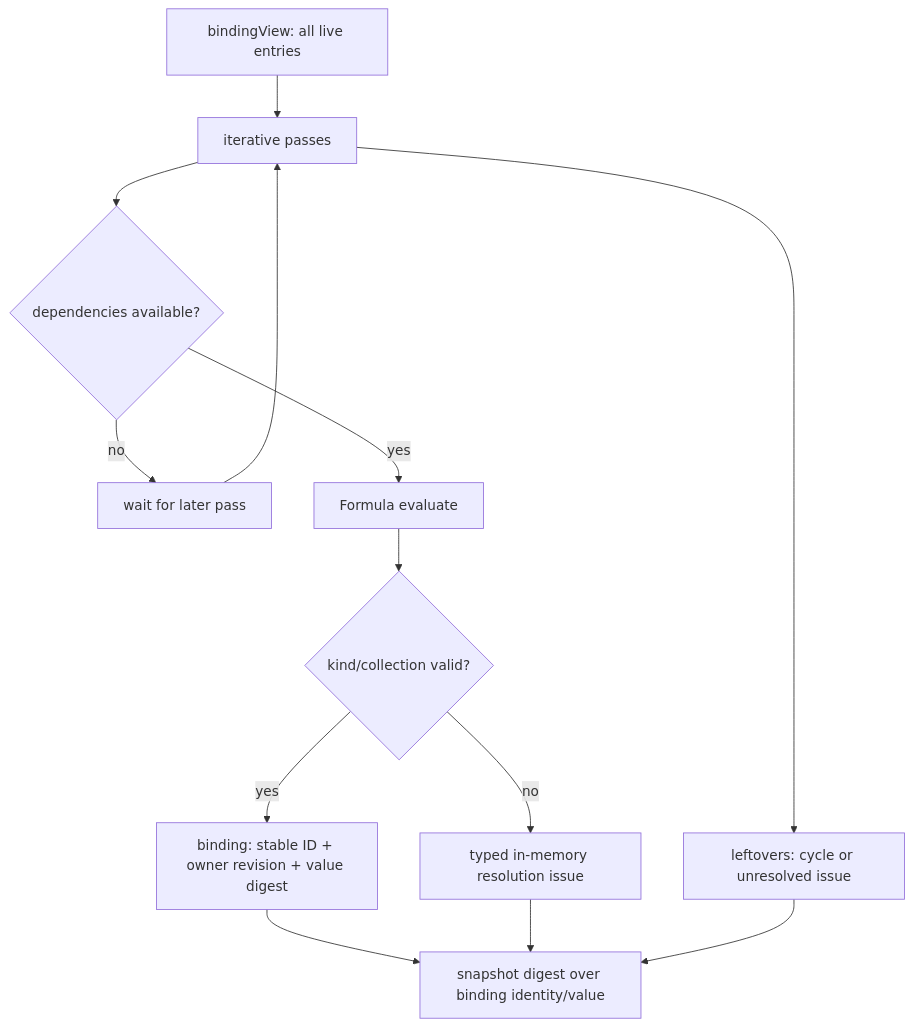
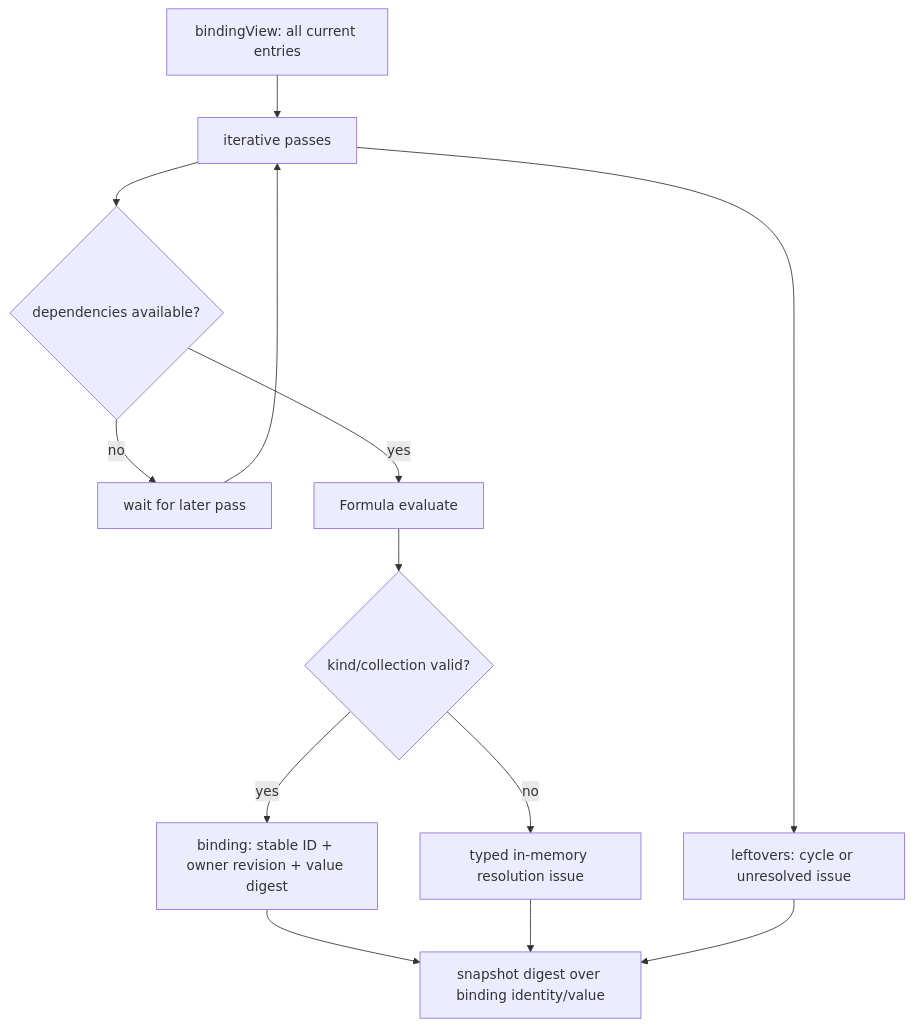
One commit to gccurtis/icarus changed the third of 3 diagrams in apps/backend/src/3-capabilities/structured-data/docs/concepts.md. Above: the diagram before and after it, drawn with Mermaid. The commit also changed other lines of this file and 88 other files, not shown here.

````diff
--- a/apps/backend/src/3-capabilities/structured-data/docs/concepts.md
+++ b/apps/backend/src/3-capabilities/structured-data/docs/concepts.md
@@ -86,15 +95,15 @@
 ```mermaid
 flowchart TD
-  V["bindingView: all live entries"] --> P["iterative passes"]
+  V["bindingView: all current entries"] --> P["iterative passes"]
   P --> READY{"dependencies available?"}
   READY -->|no| WAIT["wait for later pass"]
   READY -->|yes| EVAL["Formula evaluate"]
   EVAL --> VALID{"kind/collection valid?"}
   VALID -->|yes| BIND["binding: stable ID + owner revision + value digest"]
   VALID -->|no| ISSUE["typed in-memory resolution issue"]
   WAIT --> P
   P --> LEFT["leftovers: cycle or unresolved issue"]
   BIND --> SNAP["snapshot digest over binding identity/value"]
   ISSUE --> SNAP
   LEFT --> SNAP
 ```
````
